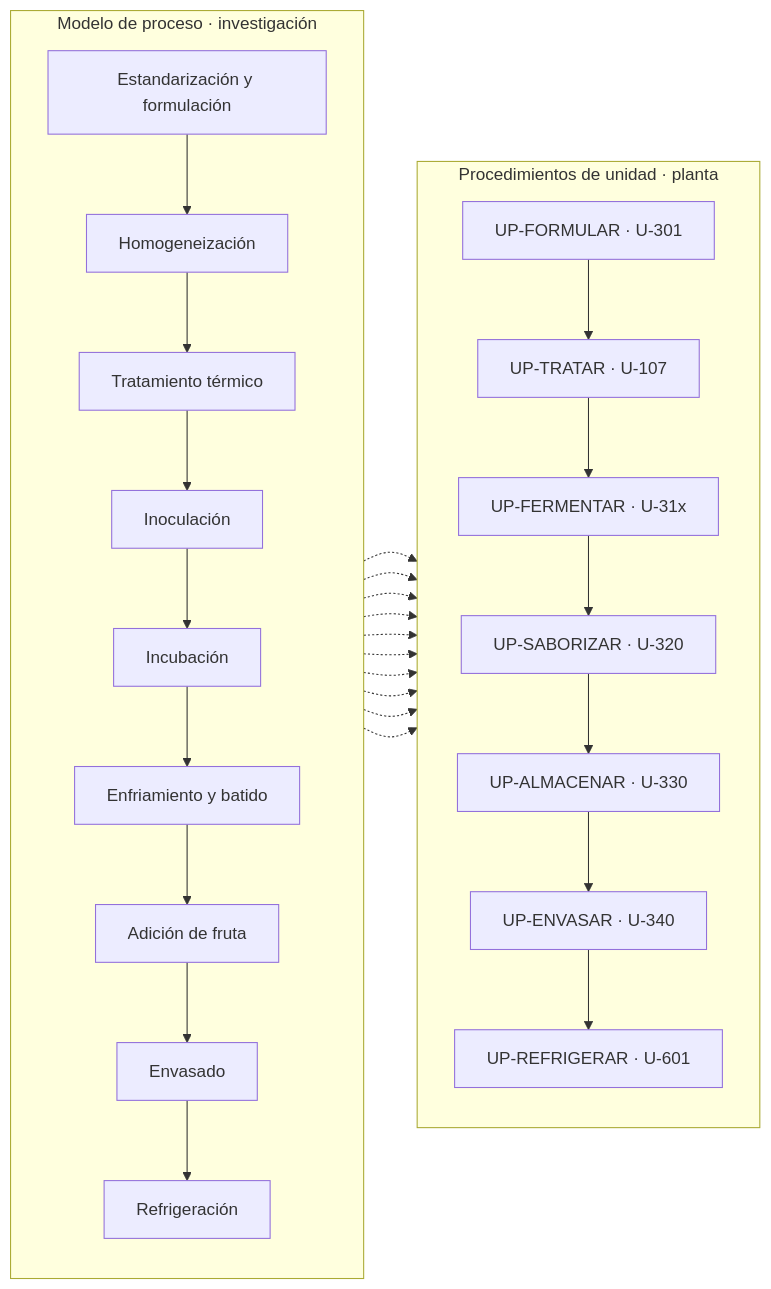
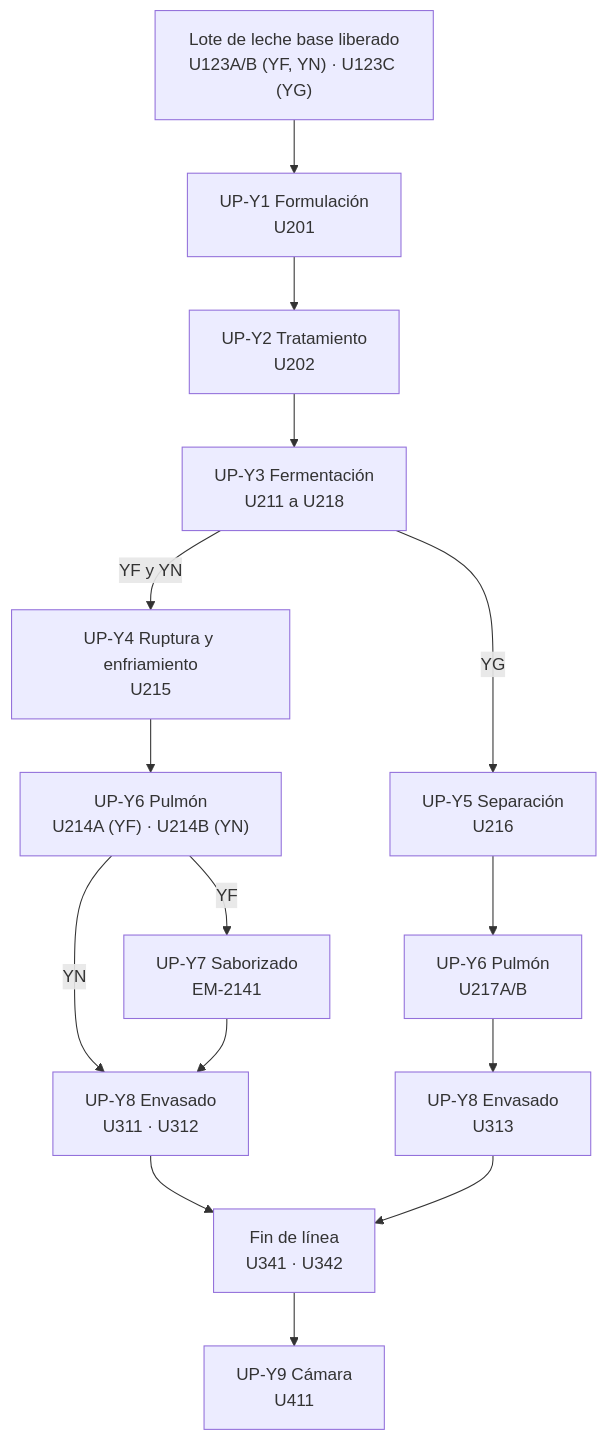
The second of 4 diagrams in 01_transformacion-digital/isa88/modelo-procedimental/modelo-procedimental.md (Mekvra/proyecto-integrador), drawn with Mermaid before and after one commit. The commit also changed other lines of this file and 4 other files, not shown here.

First line of the commit message:
ISA-88: modelo completo de la planta de 150.000 L/día (sin kéfir), con recetas maestras de las 9 referencias

````diff
--- a/01_transformacion-digital/isa88/modelo-procedimental/modelo-procedimental.md
+++ b/01_transformacion-digital/isa88/modelo-procedimental/modelo-procedimental.md
@@ -16,21 +102,17 @@
 ```mermaid
-flowchart LR
-    subgraph MP["Modelo de proceso · investigación"]
-        direction TB
-        a1["Estandarización y formulación"] --> a2["Homogeneización"] --> a3["Tratamiento térmico"] --> a4["Inoculación"] --> a5["Incubación"] --> a6["Enfriamiento y batido"] --> a7["Adición de fruta"] --> a8["Envasado"] --> a9["Refrigeración"]
-    end
-    subgraph PR["Procedimientos de unidad · planta"]
-        direction TB
-        b1["UP-FORMULAR · U-301"] --> b2["UP-TRATAR · U-107"] --> b3["UP-FERMENTAR · U-31x"] --> b4["UP-SABORIZAR · U-320"] --> b5["UP-ALMACENAR · U-330"] --> b6["UP-ENVASAR · U-340"] --> b7["UP-REFRIGERAR · U-601"]
-    end
-    a1 -.-> b1
-    a2 -.-> b2
-    a3 -.-> b2
-    a4 -.-> b3
-    a5 -.-> b3
-    a6 -.-> b3
-    a6 -.-> b4
-    a7 -.-> b4
-    a8 -.-> b6
-    a9 -.-> b7
+flowchart TD
+    LB["Lote de leche base liberado<br/>U123A/B (YF, YN) · U123C (YG)"] --> Y1["UP-Y1 Formulación<br/>U201"]
+    Y1 --> Y2["UP-Y2 Tratamiento<br/>U202"]
+    Y2 --> Y3["UP-Y3 Fermentación<br/>U211 a U218"]
+    Y3 -->|"YF y YN"| Y4["UP-Y4 Ruptura y enfriamiento<br/>U215"]
+    Y3 -->|"YG"| Y5["UP-Y5 Separación<br/>U216"]
+    Y4 --> Y6A["UP-Y6 Pulmón<br/>U214A (YF) · U214B (YN)"]
+    Y5 --> Y6B["UP-Y6 Pulmón<br/>U217A/B"]
+    Y6A -->|"YF"| Y7["UP-Y7 Saborizado<br/>EM-2141"]
+    Y6A -->|"YN"| Y8A["UP-Y8 Envasado<br/>U311 · U312"]
+    Y7 --> Y8A
+    Y6B --> Y8B["UP-Y8 Envasado<br/>U313"]
+    Y8A --> F["Fin de línea<br/>U341 · U342"]
+    Y8B --> F
+    F --> Y9["UP-Y9 Cámara<br/>U411"]
 ```
````
